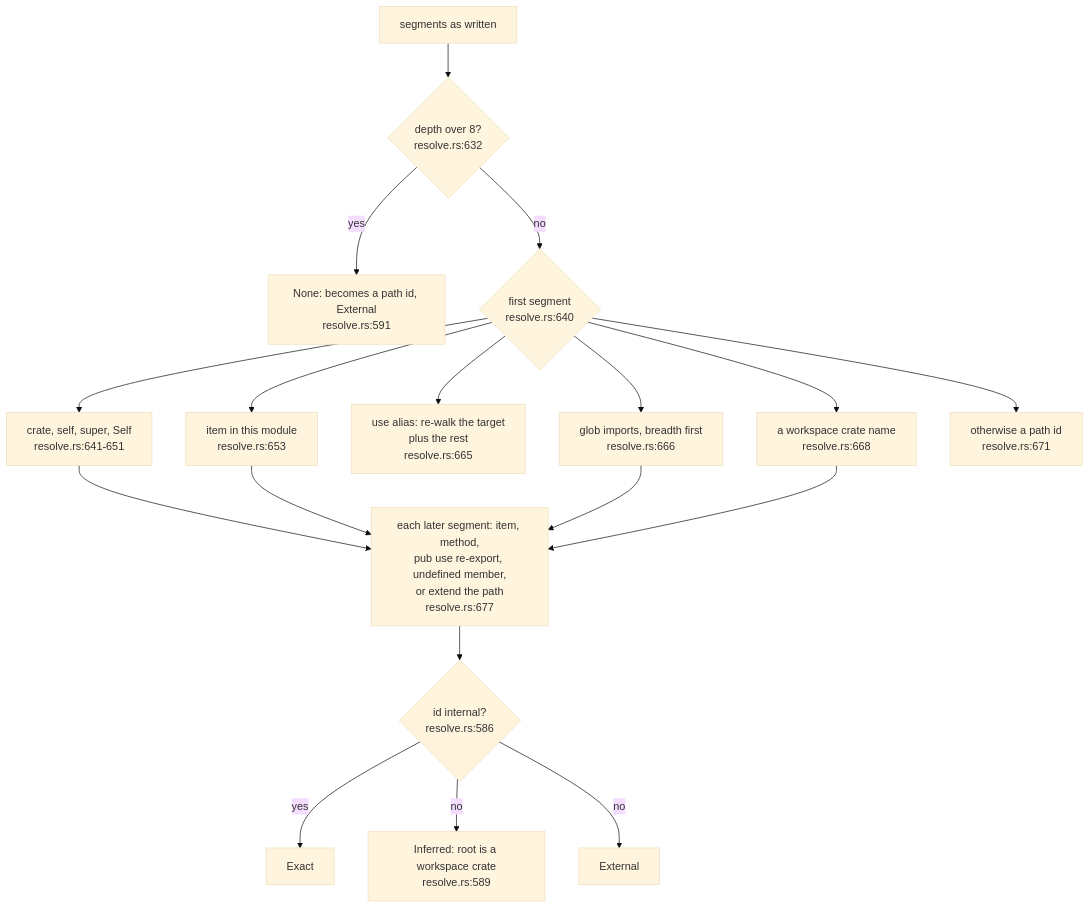
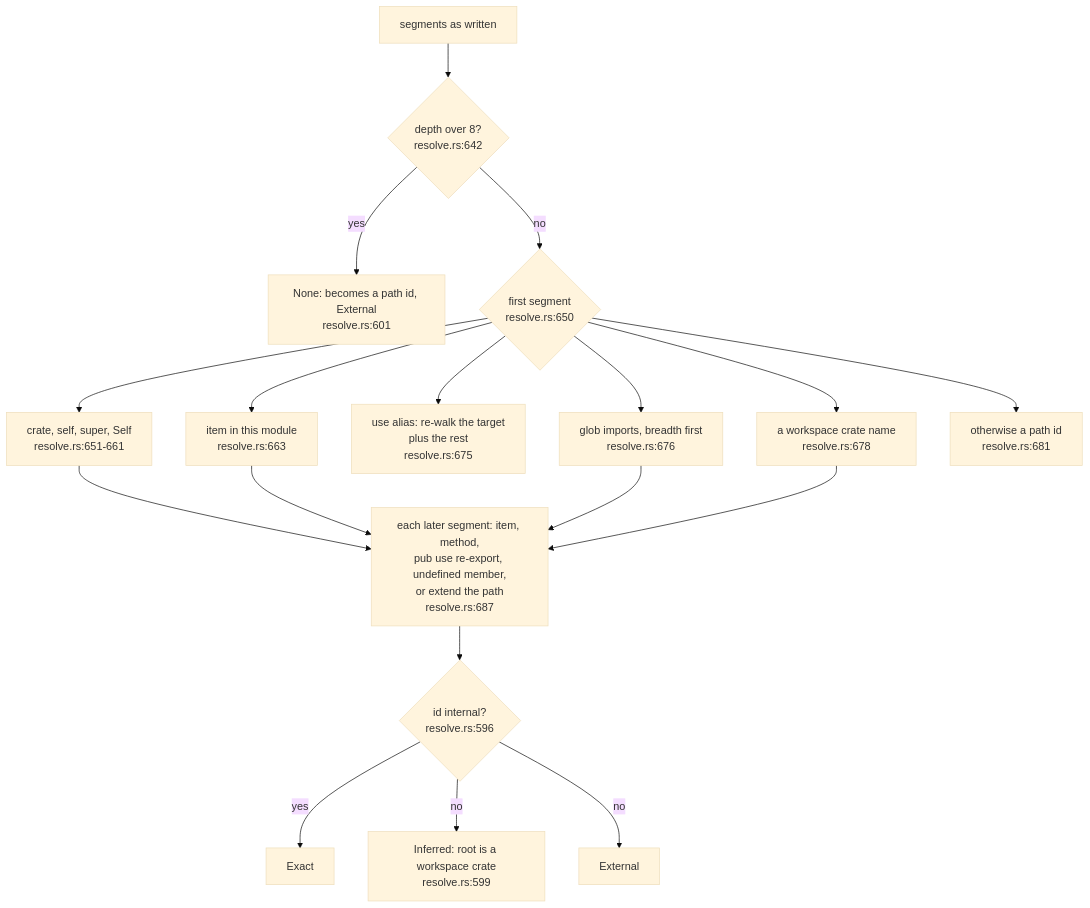
The second of 6 diagrams in docs/diagrams/extract/05-workspace-name-resolution.md (DreamLab-AI/codemaid), drawn with Mermaid (base theme) before and after one commit. The commit also changed other lines of this file and 23 other files, not shown here.

````diff
--- a/docs/diagrams/extract/05-workspace-name-resolution.md
+++ b/docs/diagrams/extract/05-workspace-name-resolution.md
@@ -98,31 +108,31 @@
 ```mermaid
 flowchart TB
     S["segments as written"]
-    DEP{"depth over 8?<br/>resolve.rs:632"}
-    NONE["None: becomes a path id, External<br/>resolve.rs:591"]
-    F{"first segment<br/>resolve.rs:640"}
-    KW["crate, self, super, Self<br/>resolve.rs:641-651"]
-    LOC["item in this module<br/>resolve.rs:653"]
-    USE["use alias: re-walk the target<br/>plus the rest<br/>resolve.rs:665"]
-    GL["glob imports, breadth first<br/>resolve.rs:666"]
-    CR["a workspace crate name<br/>resolve.rs:668"]
-    PATH["otherwise a path id<br/>resolve.rs:671"]
-    REST["each later segment: item, method,<br/>pub use re-export, undefined member,<br/>or extend the path<br/>resolve.rs:677"]
-    RES{"id internal?<br/>resolve.rs:586"}
+    DEP{"depth over 8?<br/>resolve.rs:642"}
+    NONE["None: becomes a path id, External<br/>resolve.rs:601"]
+    F{"first segment<br/>resolve.rs:650"}
+    KW["crate, self, super, Self<br/>resolve.rs:651-661"]
+    LOC["item in this module<br/>resolve.rs:663"]
+    USE["use alias: re-walk the target<br/>plus the rest<br/>resolve.rs:675"]
+    GL["glob imports, breadth first<br/>resolve.rs:676"]
+    CR["a workspace crate name<br/>resolve.rs:678"]
+    PATH["otherwise a path id<br/>resolve.rs:681"]
+    REST["each later segment: item, method,<br/>pub use re-export, undefined member,<br/>or extend the path<br/>resolve.rs:687"]
+    RES{"id internal?<br/>resolve.rs:596"}
     EXA["Exact"]
-    INF["Inferred: root is a workspace crate<br/>resolve.rs:589"]
+    INF["Inferred: root is a workspace crate<br/>resolve.rs:599"]
     EXT["External"]
     S --> DEP
     DEP -->|yes| NONE
     DEP -->|no| F
     F --> KW --> REST
     F --> LOC --> REST
     F --> USE
     F --> GL --> REST
     F --> CR --> REST
     F --> PATH
     REST --> RES
     RES -->|yes| EXA
     RES -->|no| INF
     RES -->|no| EXT
 ```
````
